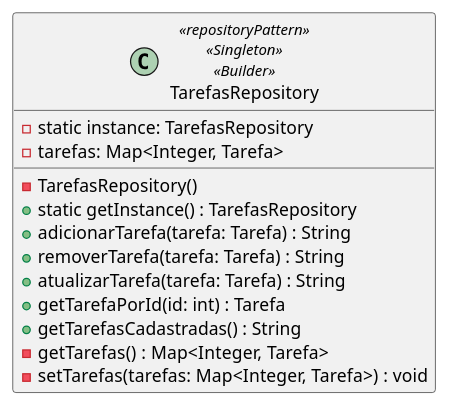
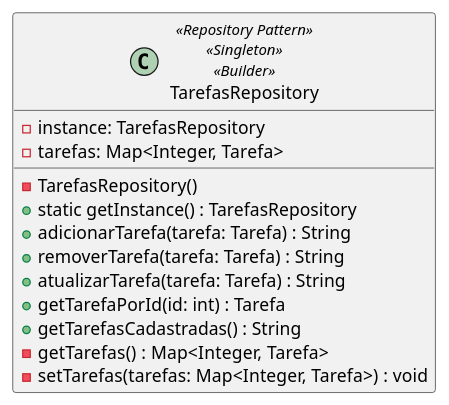
One commit to MrJabes762/Sistema-de-Gerenciamento-de-Tarefas changed the diagram in estruturasUmls/java/data/estruturaTarefasRepository.puml. Above: the diagram before and after it, drawn with PlantUML. The commit also changed 3 other files, not shown here.

```diff
--- a/estruturasUmls/java/data/estruturaTarefasRepository.puml
+++ b/estruturasUmls/java/data/estruturaTarefasRepository.puml
@@ -1,19 +1,19 @@
 @startuml
 
 skinparam line ortho
 
-class TarefasRepository <<repositoryPattern>> <<Singleton>> <<Builder>> {
-    - static instance: TarefasRepository
+class TarefasRepository <<Repository Pattern>> <<Singleton>> <<Builder>> {
+    - instance: TarefasRepository
     - tarefas: Map<Integer, Tarefa>
     - TarefasRepository()
     + static getInstance() : TarefasRepository
     + adicionarTarefa(tarefa: Tarefa) : String
     + removerTarefa(tarefa: Tarefa) : String
     + atualizarTarefa(tarefa: Tarefa) : String
     + getTarefaPorId(id: int) : Tarefa
     + getTarefasCadastradas() : String
     - getTarefas() : Map<Integer, Tarefa>
     - setTarefas(tarefas: Map<Integer, Tarefa>) : void
 }
 
 @enduml
```
